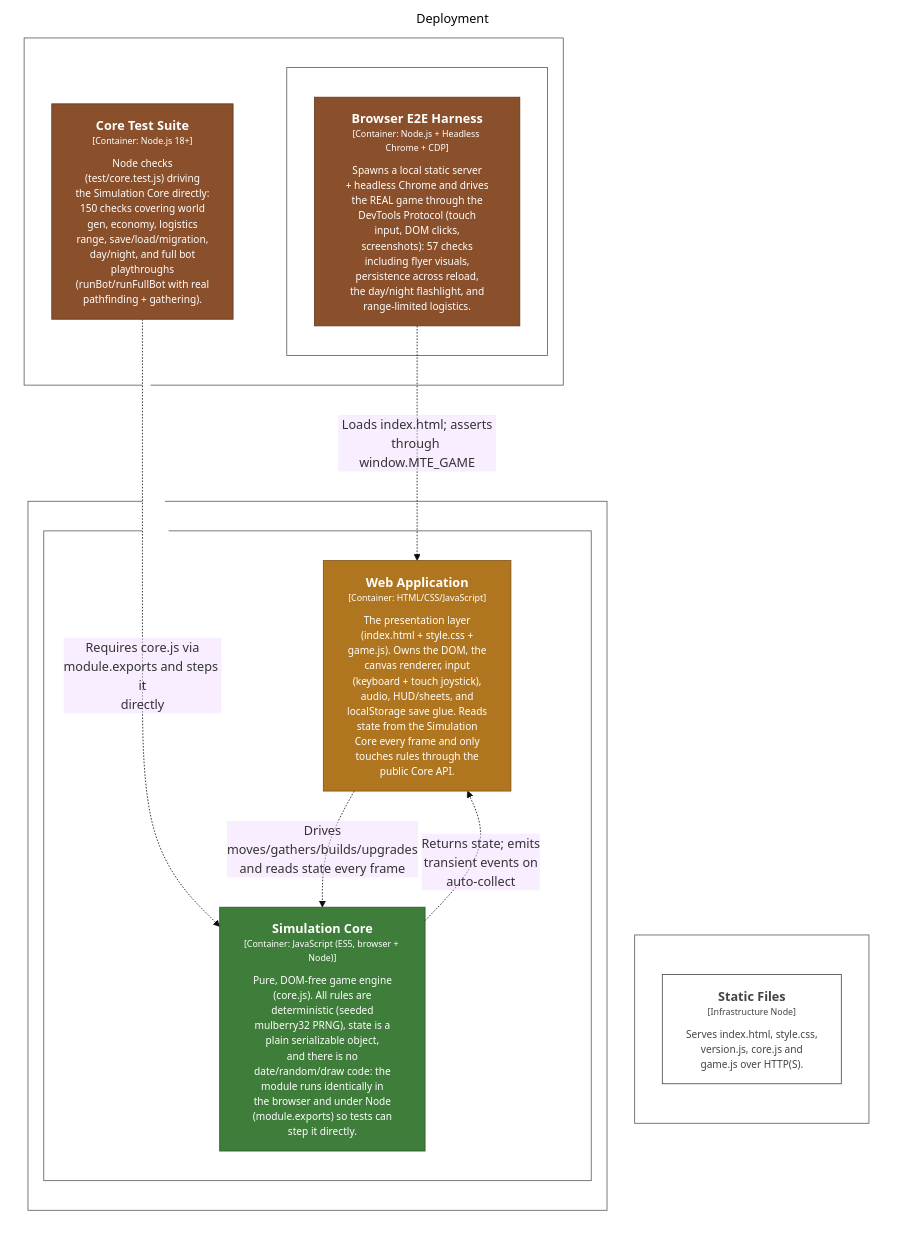
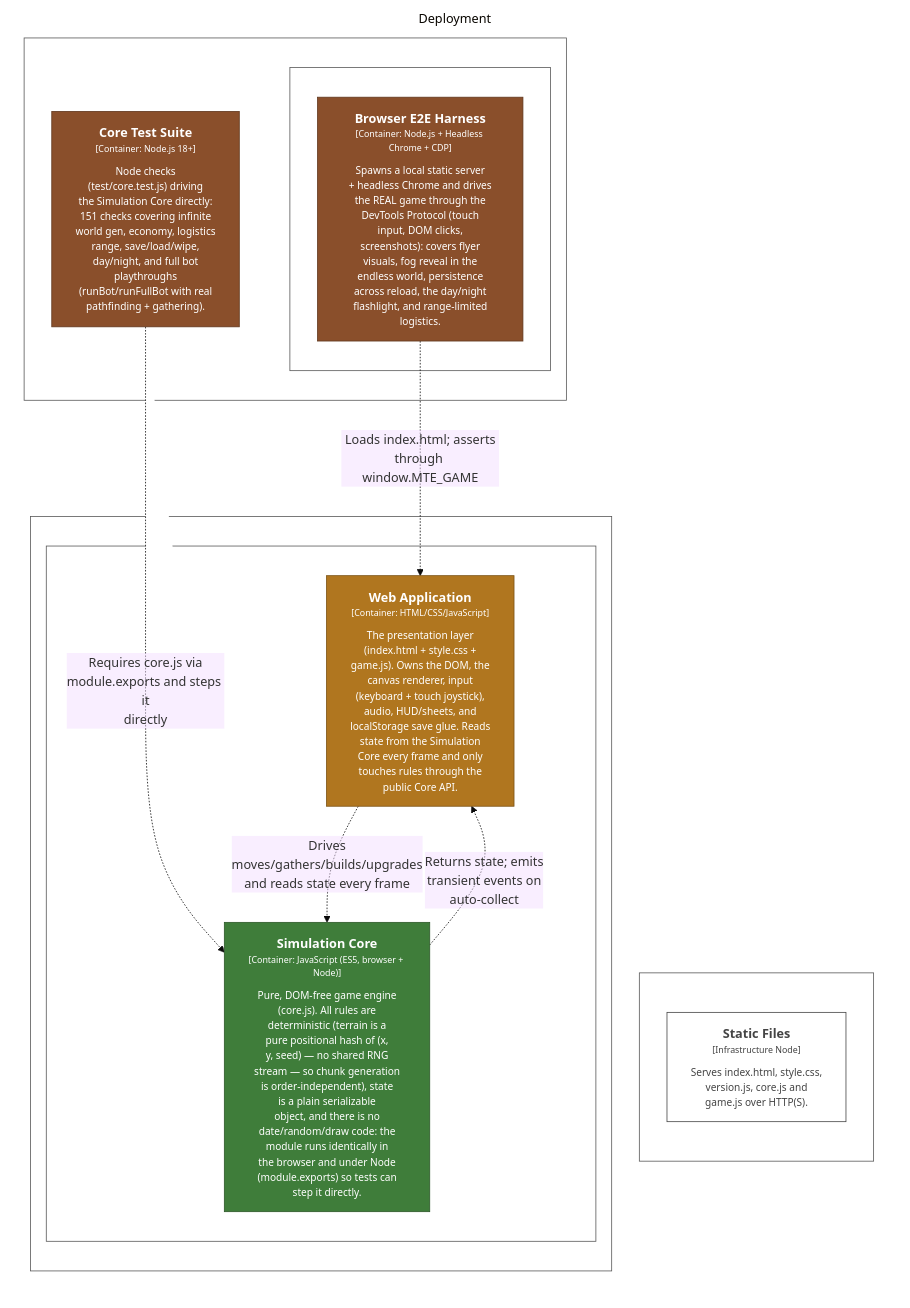
Before and after one commit to bitkojine/more-than-enough: the diagram in structurizr/diagrams/Deployment.mmd, drawn with Mermaid (base theme). The commit also changed 20 other files, not shown here.

First line of the commit message:
v0.10.0: infinite procedural world — no edge, no wall (save format v3)

```diff
--- a/structurizr/diagrams/Deployment.mmd
+++ b/structurizr/diagrams/Deployment.mmd
@@ -1,48 +1,48 @@
 %% Generated from structurizr/workspace.dsl — do not edit; run: node structurizr/scripts/structurizr.mjs mermaid
 graph LR
   linkStyle default fill:#ffffff
 
   subgraph diagram ["Deployment"]
     style diagram fill:#ffffff,stroke:#ffffff
 
     subgraph 67 ["Browser"]
       style 67 fill:#ffffff,stroke:#575757,color:#ffffff
 
       subgraph 68 ["Browser tab"]
         style 68 fill:#ffffff,stroke:#575757,color:#ffffff
 
         69["<div style='font-weight: bold'>Web Application</div><div style='font-size: 70%; margin-top: 0px'>[Container: HTML/CSS/JavaScript]</div><div style='font-size: 80%; margin-top:10px'>The presentation layer<br />(index.html + style.css +<br />game.js). Owns the DOM, the<br />canvas renderer, input<br />(keyboard + touch joystick),<br />audio, HUD/sheets, and<br />localStorage save glue. Reads<br />state from the Simulation<br />Core every frame and only<br />touches rules through the<br />public Core API.</div>"]
         style 69 fill:#b0761f,stroke:#7b5215,color:#ffffff
-        70["<div style='font-weight: bold'>Simulation Core</div><div style='font-size: 70%; margin-top: 0px'>[Container: JavaScript (ES5, browser + Node)]</div><div style='font-size: 80%; margin-top:10px'>Pure, DOM-free game engine<br />(core.js). All rules are<br />deterministic (seeded<br />mulberry32 PRNG), state is a<br />plain serializable object,<br />and there is no<br />date/random/draw code: the<br />module runs identically in<br />the browser and under Node<br />(module.exports) so tests can<br />step it directly.</div>"]
+        70["<div style='font-weight: bold'>Simulation Core</div><div style='font-size: 70%; margin-top: 0px'>[Container: JavaScript (ES5, browser + Node)]</div><div style='font-size: 80%; margin-top:10px'>Pure, DOM-free game engine<br />(core.js). All rules are<br />deterministic (terrain is a<br />pure positional hash of (x,<br />y, seed) — no shared RNG<br />stream — so chunk generation<br />is order-independent), state<br />is a plain serializable<br />object, and there is no<br />date/random/draw code: the<br />module runs identically in<br />the browser and under Node<br />(module.exports) so tests can<br />step it directly.</div>"]
         style 70 fill:#3f7d3a,stroke:#2c5728,color:#ffffff
       end
 
     end
 
     subgraph 73 ["Static Host"]
       style 73 fill:#ffffff,stroke:#575757,color:#ffffff
 
       74["<div style='font-weight: bold'>Static Files</div><div style='font-size: 70%; margin-top: 0px'>[Infrastructure Node]</div><div style='font-size: 80%; margin-top:10px'>Serves index.html, style.css,<br />version.js, core.js and<br />game.js over HTTP(S).</div>"]
       style 74 fill:#ffffff,stroke:#444444,color:#444444
     end
 
     subgraph 75 ["Node.js 18+"]
       style 75 fill:#ffffff,stroke:#575757,color:#ffffff
 
-      76["<div style='font-weight: bold'>Core Test Suite</div><div style='font-size: 70%; margin-top: 0px'>[Container: Node.js 18+]</div><div style='font-size: 80%; margin-top:10px'>Node checks<br />(test/core.test.js) driving<br />the Simulation Core directly:<br />150 checks covering world<br />gen, economy, logistics<br />range, save/load/migration,<br />day/night, and full bot<br />playthroughs<br />(runBot/runFullBot with real<br />pathfinding + gathering).</div>"]
+      76["<div style='font-weight: bold'>Core Test Suite</div><div style='font-size: 70%; margin-top: 0px'>[Container: Node.js 18+]</div><div style='font-size: 80%; margin-top:10px'>Node checks<br />(test/core.test.js) driving<br />the Simulation Core directly:<br />151 checks covering infinite<br />world gen, economy, logistics<br />range, save/load/wipe,<br />day/night, and full bot<br />playthroughs<br />(runBot/runFullBot with real<br />pathfinding + gathering).</div>"]
       style 76 fill:#8a4f2b,stroke:#60371e,color:#ffffff
       subgraph 78 ["Headless Chrome"]
         style 78 fill:#ffffff,stroke:#575757,color:#ffffff
 
-        79["<div style='font-weight: bold'>Browser E2E Harness</div><div style='font-size: 70%; margin-top: 0px'>[Container: Node.js + Headless Chrome + CDP]</div><div style='font-size: 80%; margin-top:10px'>Spawns a local static server<br />+ headless Chrome and drives<br />the REAL game through the<br />DevTools Protocol (touch<br />input, DOM clicks,<br />screenshots): 57 checks<br />including flyer visuals,<br />persistence across reload,<br />the day/night flashlight, and<br />range-limited logistics.</div>"]
+        79["<div style='font-weight: bold'>Browser E2E Harness</div><div style='font-size: 70%; margin-top: 0px'>[Container: Node.js + Headless Chrome + CDP]</div><div style='font-size: 80%; margin-top:10px'>Spawns a local static server<br />+ headless Chrome and drives<br />the REAL game through the<br />DevTools Protocol (touch<br />input, DOM clicks,<br />screenshots): covers flyer<br />visuals, fog reveal in the<br />endless world, persistence<br />across reload, the day/night<br />flashlight, and range-limited<br />logistics.</div>"]
         style 79 fill:#8a4f2b,stroke:#60371e,color:#ffffff
       end
 
     end
 
     70-. "<div>Returns state; emits<br />transient events on<br />auto-collect</div><div style='font-size: 70%'></div>" .->69
     69-. "<div>Drives<br />moves/gathers/builds/upgrades<br />and reads state every frame</div><div style='font-size: 70%'></div>" .->70
     76-. "<div>Requires core.js via<br />module.exports and steps it<br />directly</div><div style='font-size: 70%'></div>" .->70
     79-. "<div>Loads index.html; asserts<br />through window.MTE_GAME</div><div style='font-size: 70%'></div>" .->69
 
   end
```
